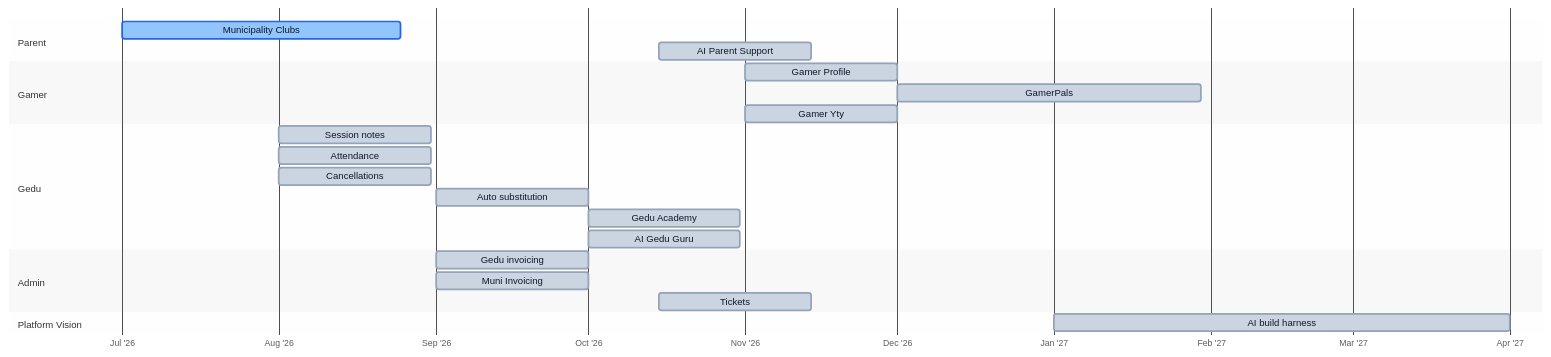
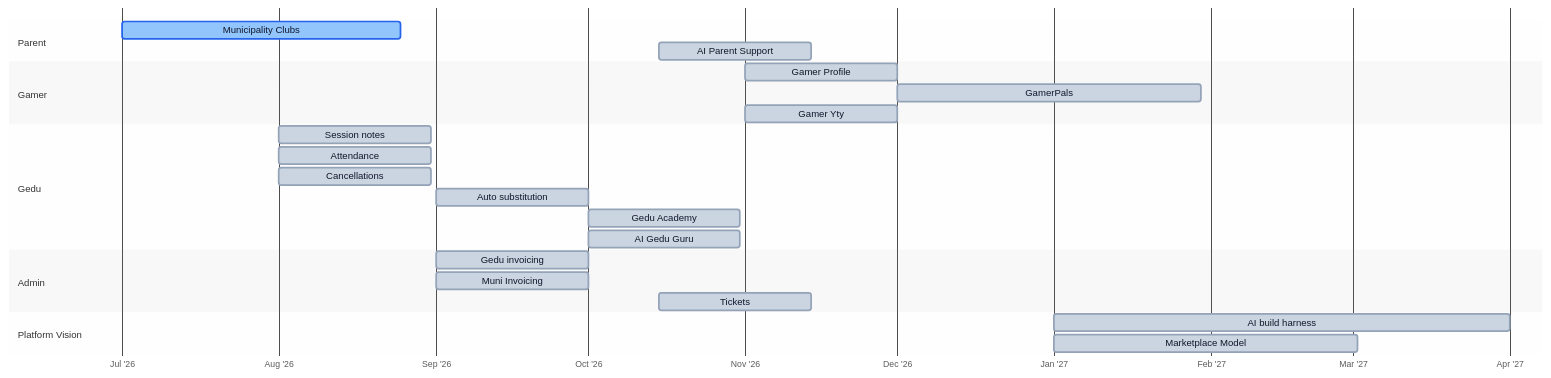
One commit to School-of-Gaming/Sogverse changed the diagram in ROADMAP.md. Above: the diagram before and after it, drawn with Mermaid. The commit also changed other lines of this file, not shown here.

Commit message:
docs(roadmap): add Marketplace Model to Platform Vision

````diff
--- a/ROADMAP.md
+++ b/ROADMAP.md
@@ -11,40 +11,41 @@
 ```mermaid
 %%{init: {'gantt': {'leftPadding': 130, 'useMaxWidth': false, 'useWidth': 1800}, 'themeVariables': {
   'taskBkgColor':'#cbd5e1','taskBorderColor':'#94a3b8',
   'taskTextColor':'#0f172a','taskTextDarkColor':'#0f172a','taskTextLightColor':'#0f172a',
   'doneTaskBkgColor':'#86efac','doneTaskBorderColor':'#16a34a',
   'activeTaskBkgColor':'#93c5fd','activeTaskBorderColor':'#2563eb',
   'sectionBkgColor':'rgba(128,128,128,0.03)','altSectionBkgColor':'rgba(128,128,128,0.29)',
   'sectionBkgColor2':'rgba(128,128,128,0.03)'
 }}}%%
 gantt
     dateFormat YYYY-MM-DD
     axisFormat %b '%y
     tickInterval 1month
     todayMarker stroke:#facc15,stroke-width:4px,opacity:0.55
 
     section Parent
     Municipality Clubs       :active, mclub, 2026-07-01, 2026-08-25
     AI Parent Support        :csai, 2026-10-15, 30d
 
     section Gamer
     Gamer Profile            :gprof, 2026-11-01, 30d
     GamerPals                :gpals, 2026-12-01, 60d
     Gamer Yty                :gyt, 2026-11-01, 30d
 
     section Gedu
     Session notes            :gnotes, 2026-08-01, 2026-08-31
     Attendance               :gatt, 2026-08-01, 2026-08-31
     Cancellations            :gcanc, 2026-08-01, 2026-08-31
     Auto substitution        :sub, 2026-09-01, 30d
     Gedu Academy             :acad, 2026-10-01, 30d
     AI Gedu Guru             :guru, 2026-10-01, 30d
 
     section Admin
     Gedu invoicing           :ginv, 2026-09-01, 30d
     Muni Invoicing           :minv, 2026-09-01, 30d
     Tickets                  :tickets, 2026-10-15, 30d
 
     section Platform Vision
     AI build harness         :harness, 2027-01-01, 90d
+    Marketplace Model        :market, 2027-01-01, 60d
 ```
````
